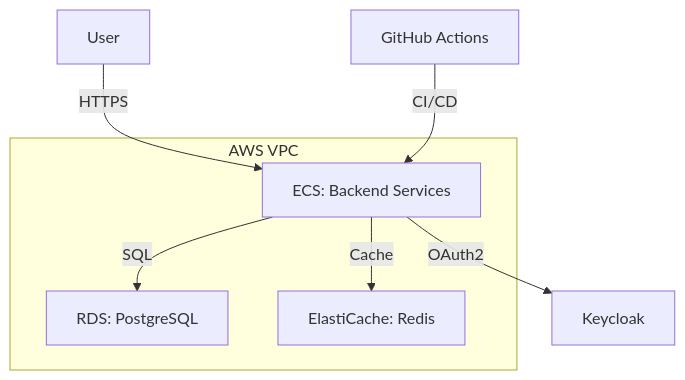
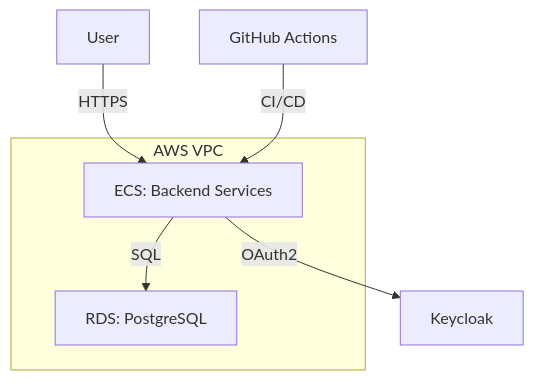
The fourth of 5 diagrams in docs/architecture/arc42.md (ADORSYS-GIS/DGAT-sustainability), drawn with Mermaid before and after one commit. The commit also changed other lines of this file, not shown here.

Commit message:
fix(Docs): remove ElastiCache references from Arc42, update caching strategies with browser-based solutions

````diff
--- a/docs/architecture/arc42.md
+++ b/docs/architecture/arc42.md
@@ -181,13 +181,11 @@
 ```mermaid
 graph TD
     A[User] -->|HTTPS| D[ECS: Backend Services]
     D -->|SQL| E[RDS: PostgreSQL]
     D -->|OAuth2| F[Keycloak]
-    D -->|Cache| G[ElastiCache: Redis]
     H[GitHub Actions] -->|CI/CD| D
     subgraph "AWS VPC"
         D[ECS: Backend Services]
         E[RDS: PostgreSQL]
-        G[ElastiCache: Redis]
     end
 ```
````
